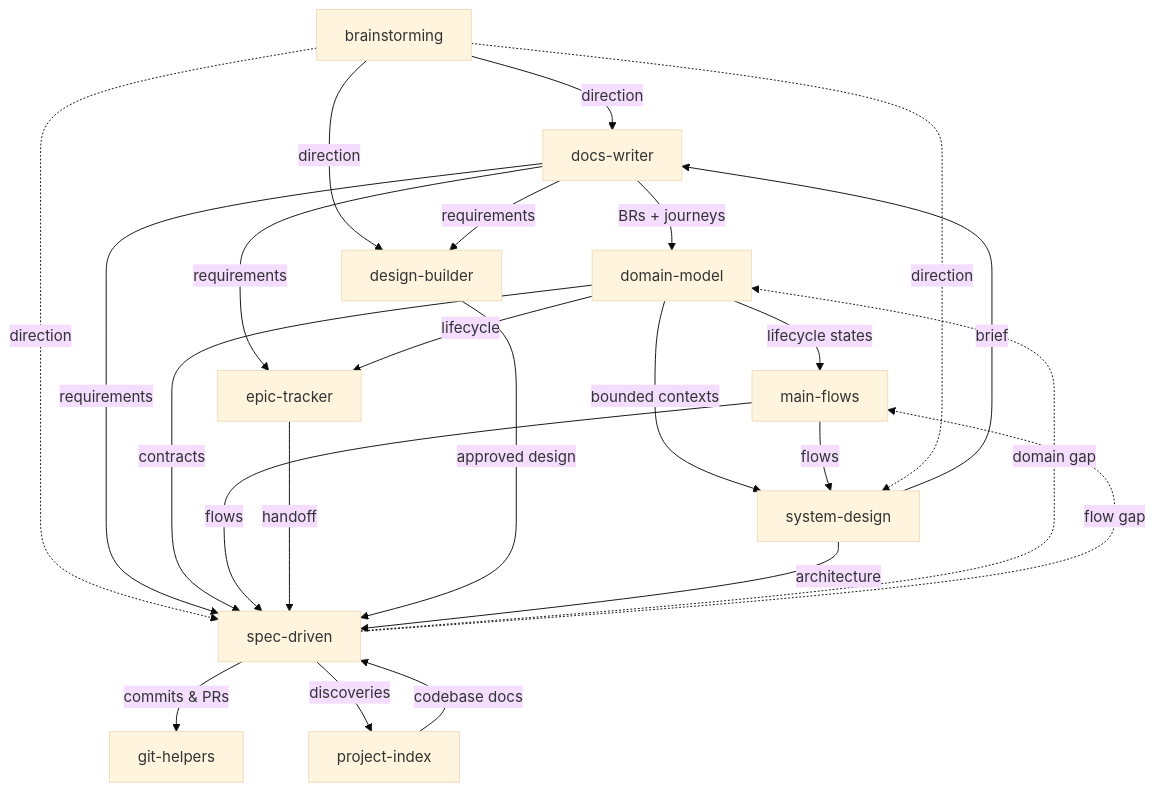
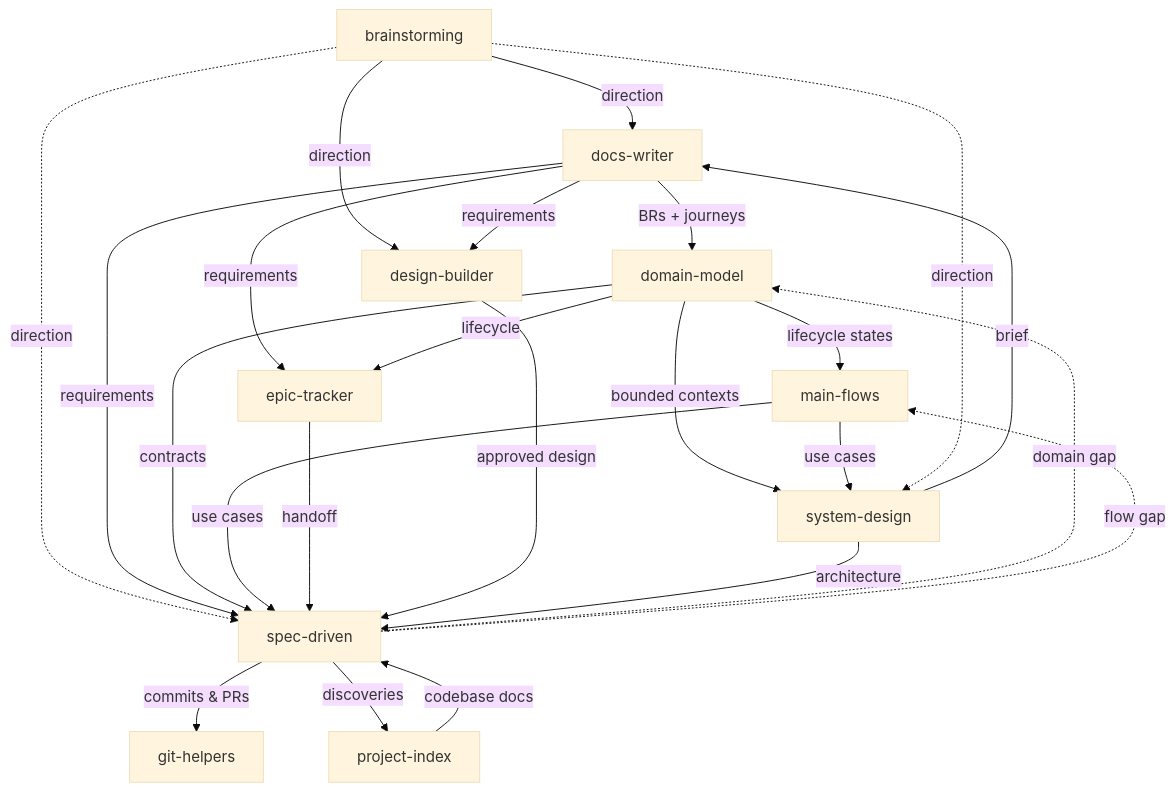
The diagram in README.md (adeonir/agent-skills), drawn with Mermaid (base theme) before and after one commit. The commit also changed other lines of this file and 5 other files, not shown here.

First line of the commit message:
refactor(main-flows): pivot output to use cases

````diff
--- a/README.md
+++ b/README.md
@@ -40,26 +40,26 @@
 ```mermaid
 flowchart TD
     BR[brainstorming] -->|direction| DW[docs-writer]
     BR -->|direction| DB[design-builder]
     BR -.->|direction| SD[spec-driven]
     DW -->|BRs + journeys| DM[domain-model]
     DW -->|requirements| ET[epic-tracker]
     DW -->|requirements| DB
     DW -->|requirements| SD
     DM -->|lifecycle states| MF[main-flows]
     DM -->|bounded contexts| SYS[system-design]
     DM -->|contracts| SD
     DM -->|lifecycle| ET
-    MF -->|flows| SYS
-    MF -->|flows| SD
+    MF -->|use cases| SYS
+    MF -->|use cases| SD
     ET -->|handoff| SD
     PI[project-index] -->|codebase docs| SD
     DB -->|approved design| SD
     SD -->|commits & PRs| GH[git-helpers]
     SD -->|discoveries| PI
     SD -.->|domain gap| DM
     SD -.->|flow gap| MF
     SYS -->|brief| DW
     SYS -->|architecture| SD
     BR -.->|direction| SYS
 ```
````
